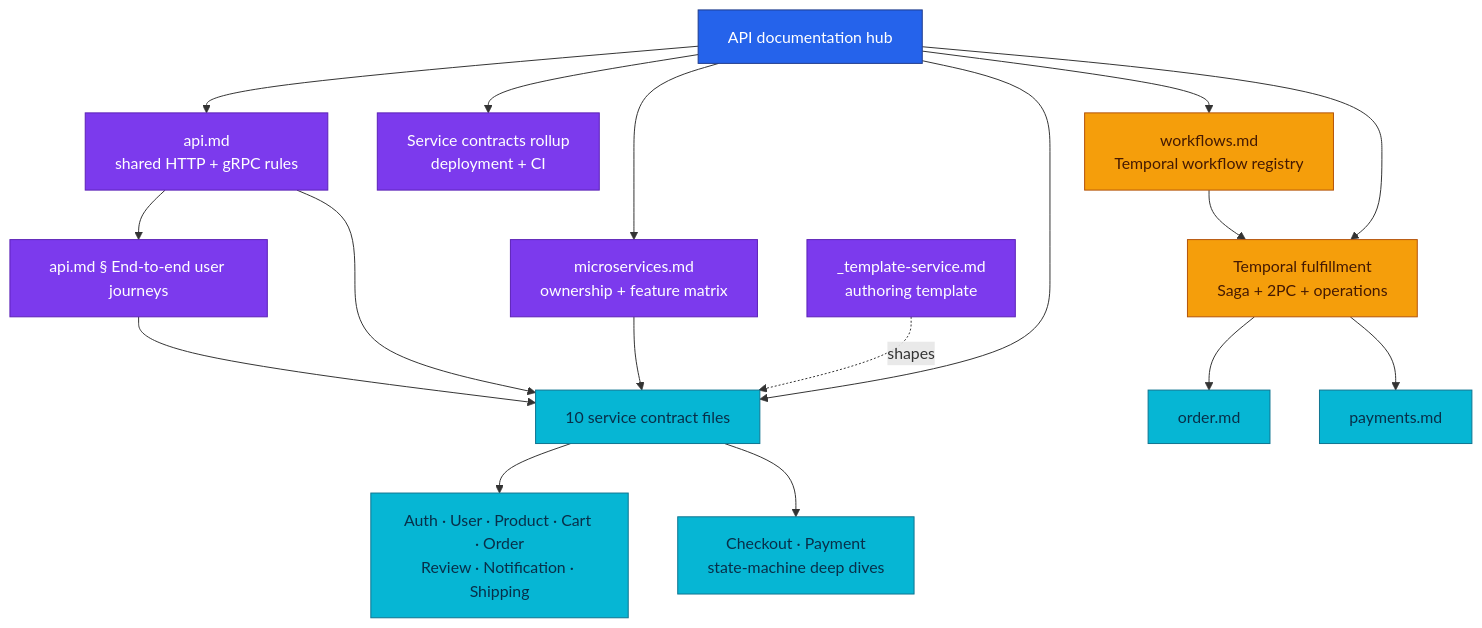
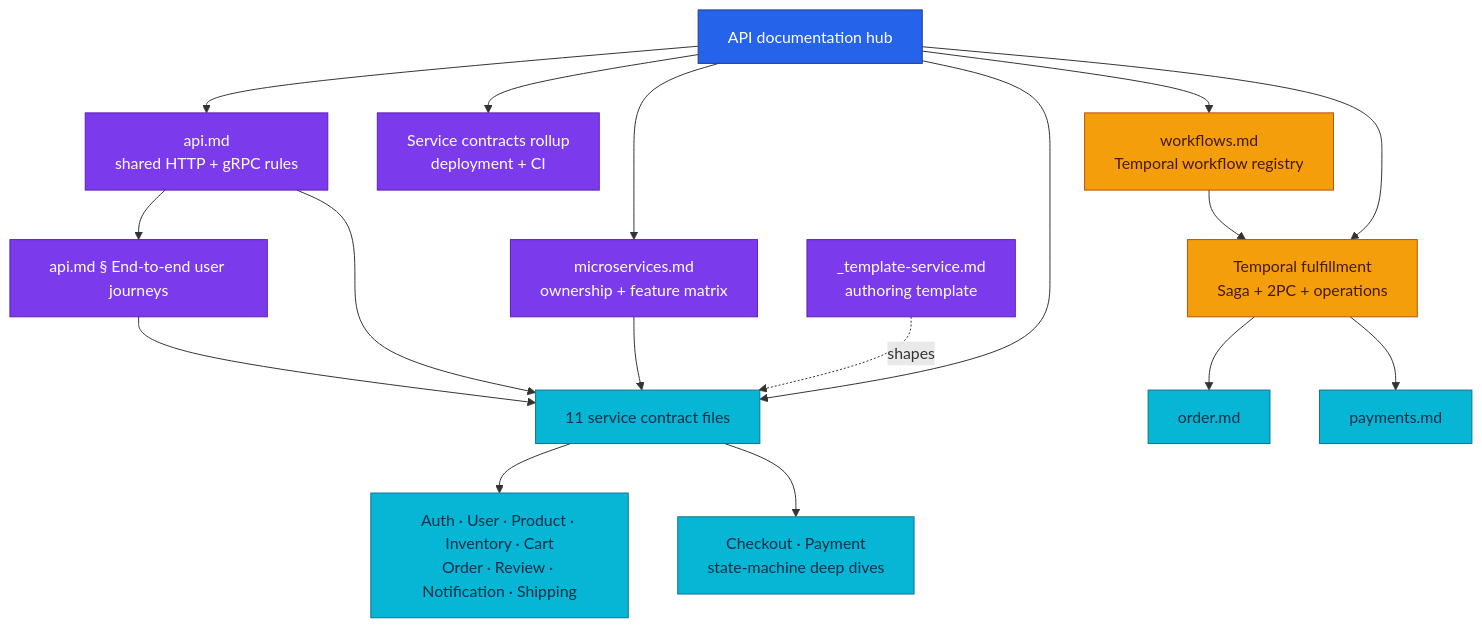
One commit to duynhlab/homelab changed the diagram in docs/api/README.md. Above: the diagram before and after it, drawn with Mermaid. The commit also changed other lines of this file and 5 other files, not shown here.

First line of the commit message:
Add RFC-0021 inventory ADRs and API contract (#597)

````diff
--- a/docs/api/README.md
+++ b/docs/api/README.md
@@ -15,28 +15,28 @@
 ```mermaid
 flowchart TD
     Hub["API documentation hub"] --> Shared["api.md<br/>shared HTTP + gRPC rules"]
     Hub --> Rollup["Service contracts rollup<br/>deployment + CI"]
     Hub --> Catalog["microservices.md<br/>ownership + feature matrix"]
-    Hub --> Contracts["10 service contract files"]
+    Hub --> Contracts["11 service contract files"]
     Hub --> Workflows["workflows.md<br/>Temporal workflow registry"]
     Hub --> Saga["Temporal fulfillment<br/>Saga + 2PC + operations"]
     Shared --> Journeys["api.md § End-to-end user journeys"]
-    Contracts --> Basic["Auth · User · Product · Cart · Order<br/>Review · Notification · Shipping"]
+    Contracts --> Basic["Auth · User · Product · Inventory · Cart<br/>Order · Review · Notification · Shipping"]
     Contracts --> Deep["Checkout · Payment<br/>state-machine deep dives"]
     Shared --> Contracts
     Catalog --> Contracts
     Journeys --> Contracts
     Workflows --> Saga
     Template["_template-service.md<br/>authoring template"] -.->|"shapes"| Contracts
     Saga --> Order["order.md"]
     Saga --> Payment["payments.md"]
 
     classDef hub fill:#2563eb,color:#fff,stroke:#1e3a8a;
     classDef guide fill:#7c3aed,color:#fff,stroke:#5b21b6;
     classDef contract fill:#06b6d4,color:#082f49,stroke:#0e7490;
     classDef workflow fill:#f59e0b,color:#451a03,stroke:#b45309;
     class Hub hub;
     class Shared,Catalog,Rollup,Journeys,Template guide;
     class Contracts,Basic,Deep,Order,Payment contract;
     class Saga,Workflows workflow;
 ```
````
